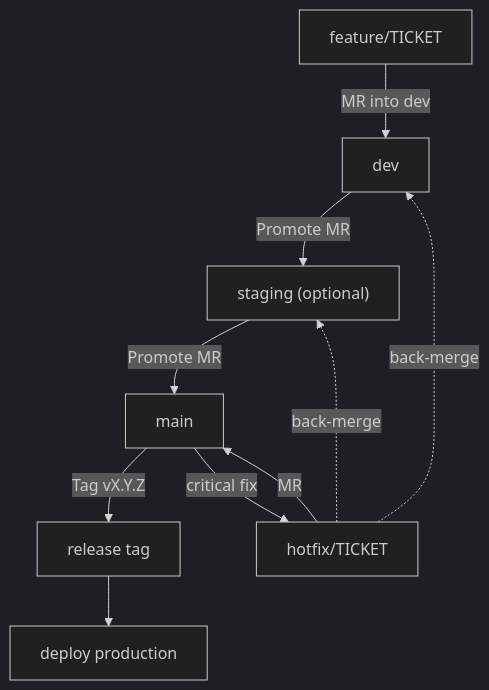
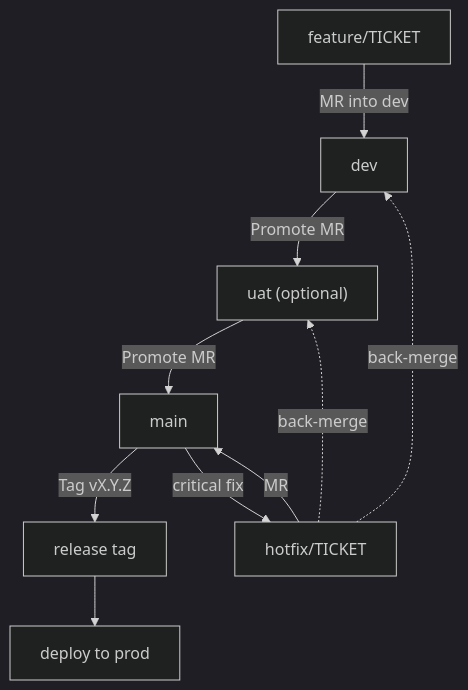
Before and after one commit to duynhlab/homelab: the first of 7 diagrams in docs/platform/gitflow.md, drawn with Mermaid (dark theme). The commit also changed other lines of this file and 8 other files, not shown here.

First line of the commit message:
Consolidate CI/CD docs + rename staging tier to uat (#382)

````diff
--- a/docs/platform/gitflow.md
+++ b/docs/platform/gitflow.md
@@ -13,13 +13,13 @@
 ```mermaid
 flowchart TD
   feature["feature/TICKET"] -->|"MR into dev"| dev["dev"]
-  dev -->|"Promote MR"| staging["staging (optional)"]
-  staging -->|"Promote MR"| main["main"]
+  dev -->|"Promote MR"| uat["uat (optional)"]
+  uat -->|"Promote MR"| main["main"]
   main -->|"Tag vX.Y.Z"| releaseTag["release tag"]
-  releaseTag --> prod["deploy production"]
+  releaseTag --> prod["deploy to prod"]
 
   main -->|"critical fix"| hotfix["hotfix/TICKET"]
   hotfix -->|"MR"| main
   hotfix -.->|"back-merge"| dev
-  hotfix -.->|"back-merge"| staging
+  hotfix -.->|"back-merge"| uat
 ```
````
